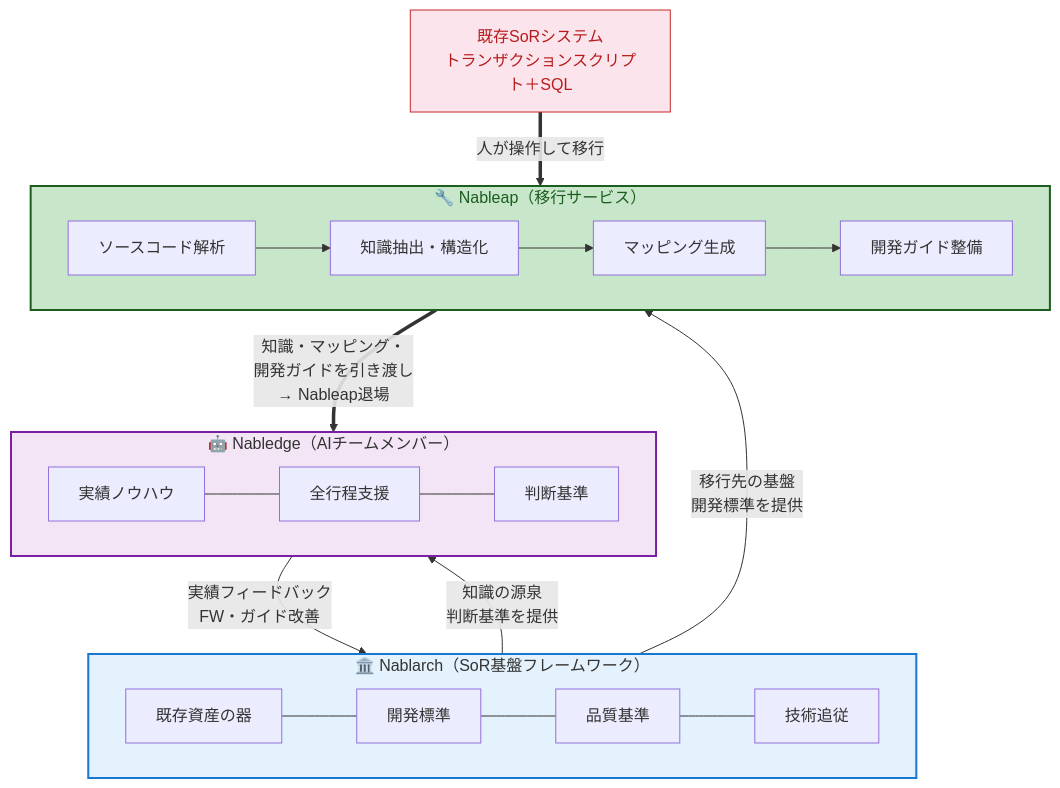
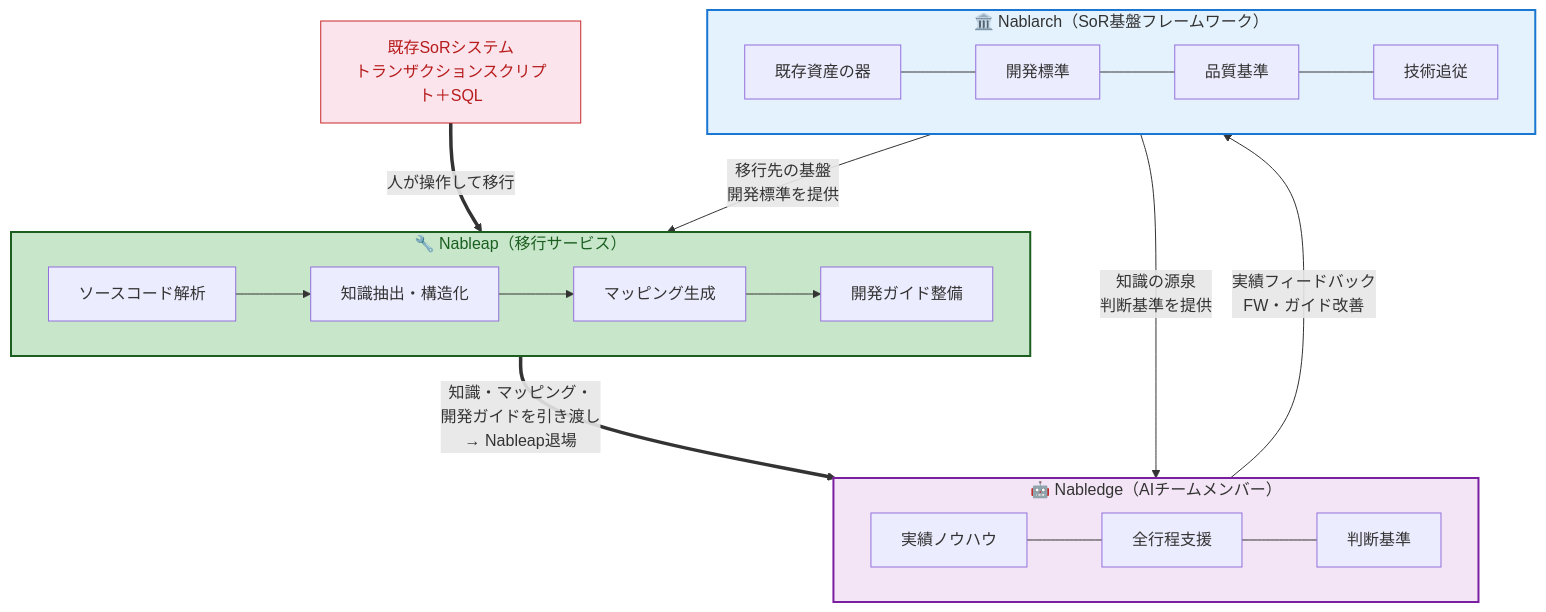
The second of 2 diagrams in doc/grand-design/grand-design.md (nablarch/nabledge-dev), drawn with Mermaid before and after one commit. The commit also changed other lines of this file, not shown here.

Commit message:
Fix diagram order: reverse definition to show Nablarch, Nabledge, Nableap from top

````diff
--- a/doc/grand-design/grand-design.md
+++ b/doc/grand-design/grand-design.md
@@ -103,34 +103,34 @@
 ```mermaid
 graph TB
   %% ===== 3プロダクト =====
-  subgraph Nablarch["🏛️ Nablarch（SoR基盤フレームワーク）"]
-    N1["既存資産の器"] --- N2["開発標準"] --- N3["品質基準"] --- N4["技術追従"]
+  subgraph Nableap["🔧 Nableap（移行サービス）"]
+    direction LR
+    L1["ソースコード解析"] --> L2["知識抽出・構造化"]
+    L2 --> L3["マッピング生成"]
+    L3 --> L4["開発ガイド整備"]
   end
 
   subgraph Nabledge["🤖 Nabledge（AIチームメンバー）"]
     D1["実績ノウハウ"] --- D2["全行程支援"] --- D3["判断基準"]
   end
 
-  subgraph Nableap["🔧 Nableap（移行サービス）"]
-    direction LR
-    L1["ソースコード解析"] --> L2["知識抽出・構造化"]
-    L2 --> L3["マッピング生成"]
-    L3 --> L4["開発ガイド整備"]
+  subgraph Nablarch["🏛️ Nablarch（SoR基盤フレームワーク）"]
+    N1["既存資産の器"] --- N2["開発標準"] --- N3["品質基準"] --- N4["技術追従"]
   end
 
   %% ===== 既存システム =====
   LEGACY["既存SoRシステム<br/>トランザクションスクリプト＋SQL"]
 
   %% ===== 関係 =====
   LEGACY ==>|"人が操作して移行"| Nableap
   Nableap ==>|"知識・マッピング・<br/>開発ガイドを引き渡し<br/>→ Nableap退場"| Nabledge
   Nablarch -->|"知識の源泉<br/>判断基準を提供"| Nabledge
   Nablarch -->|"移行先の基盤<br/>開発標準を提供"| Nableap
   Nabledge -->|"実績フィードバック<br/>FW・ガイド改善"| Nablarch
 
   %% ===== スタイル =====
   style Nablarch fill:#e3f2fd,stroke:#1976d2,stroke-width:2px
   style Nableap fill:#c8e6c9,stroke:#1b5e20,color:#1b5e20,stroke-width:2px
   style Nabledge fill:#f3e5f5,stroke:#7b1fa2,stroke-width:2px
   style LEGACY fill:#fce4ec,stroke:#c62828,color:#b71c1c
 ```
````
